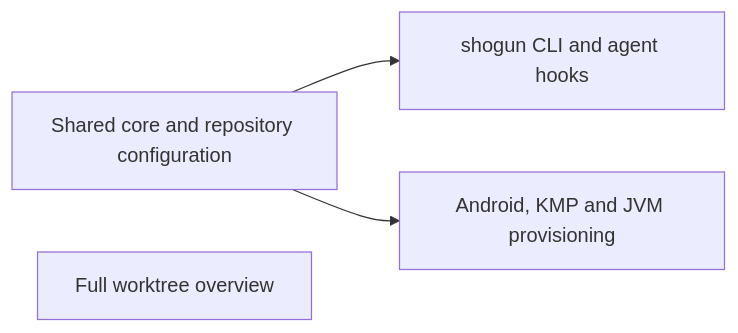
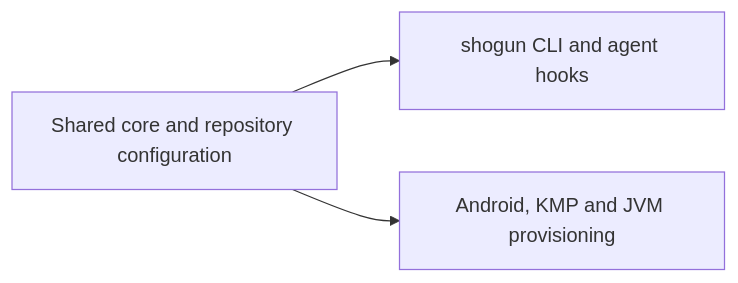
One commit to LuxionServer/ShogunAi changed the diagram in docs/roadmap.md. Above: the diagram before and after it, drawn with Mermaid. The commit also changed other lines of this file and 38 other files, not shown here.

````diff
--- a/docs/roadmap.md
+++ b/docs/roadmap.md
@@ -17,6 +17,5 @@
 ```mermaid
 graph LR
     A["Shared core and repository configuration"] --> B["shogun CLI and agent hooks"]
     A --> D["Android, KMP and JVM provisioning"]
-    E["Full worktree overview"]
 ```
````
